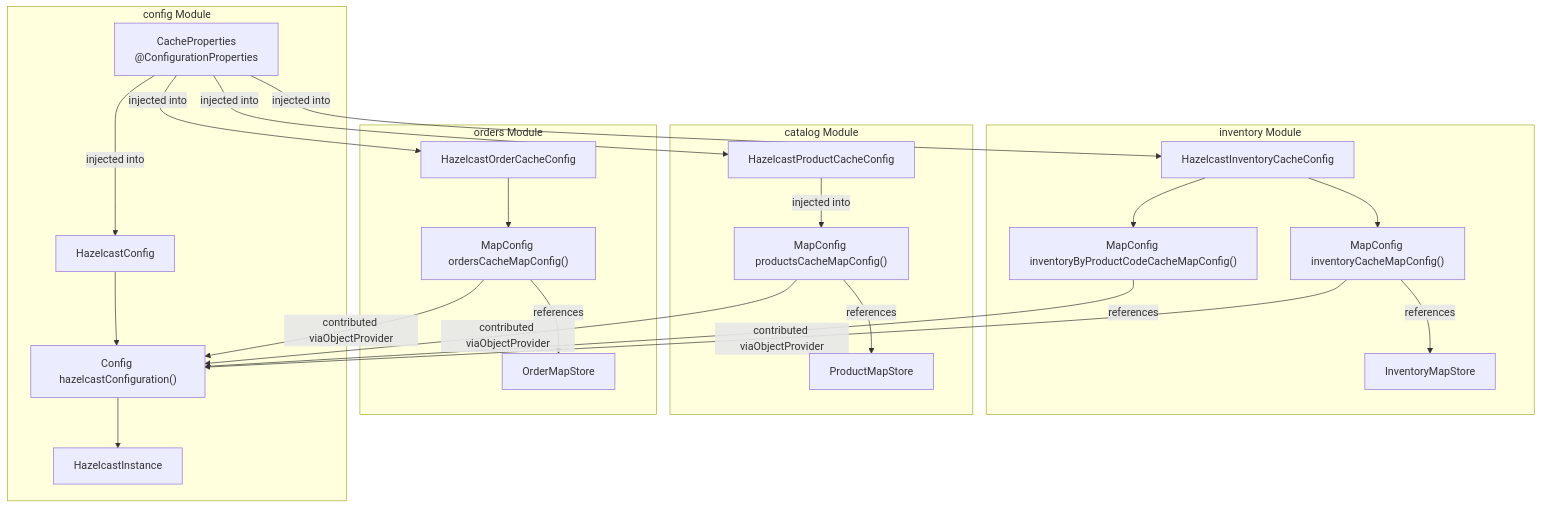
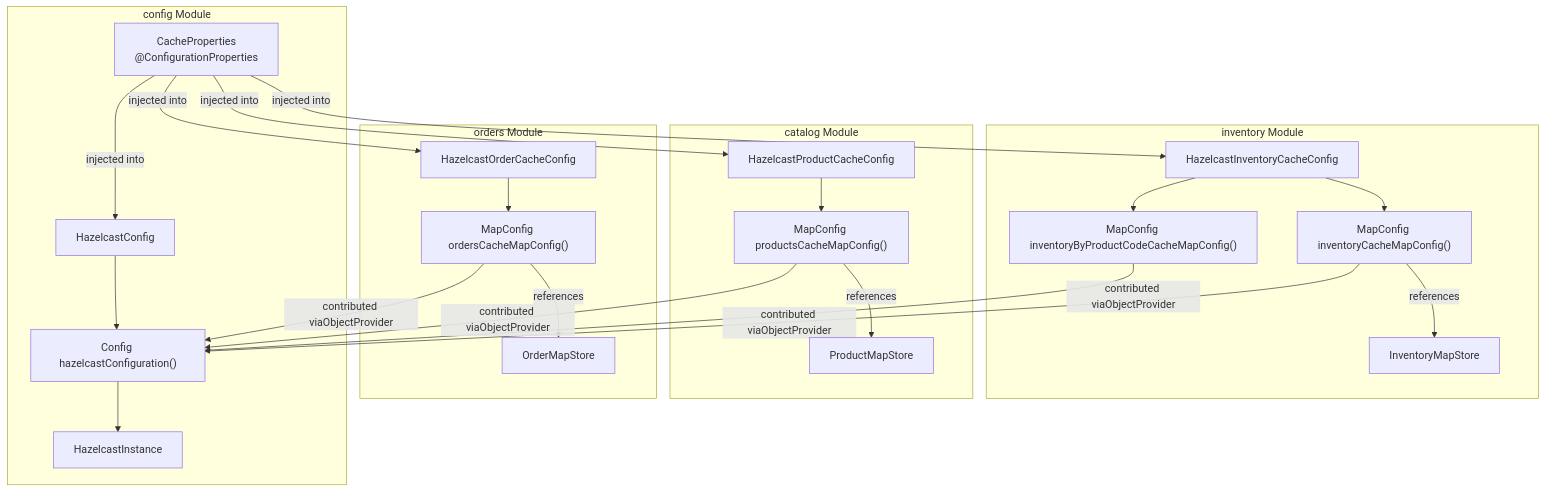
The first of 3 diagrams in docs/deepwiki/Cache-Configuration-and-MapConfigs.md (philipz/spring-modular-monolith), drawn with Mermaid before and after one commit. The commit also changed other lines of this file and 32 other files, not shown here.

````diff
--- a/docs/deepwiki/Cache-Configuration-and-MapConfigs.md
+++ b/docs/deepwiki/Cache-Configuration-and-MapConfigs.md
@@ -34,62 +34,62 @@
 ```mermaid
 flowchart TD
 
 HZConfig["HazelcastConfig"]
 Props["CacheProperties<br>@ConfigurationProperties"]
 MainConfig["Config hazelcastConfiguration()"]
 HZInstance["HazelcastInstance"]
 OrdersConfig["HazelcastOrderCacheConfig"]
 OrdersMapConfig["MapConfig ordersCacheMapConfig()"]
 OrderMapStore["OrderMapStore"]
 CatalogConfig["HazelcastProductCacheConfig"]
 ProductsMapConfig["MapConfig productsCacheMapConfig()"]
 ProductMapStore["ProductMapStore"]
 InventoryConfig["HazelcastInventoryCacheConfig"]
 InventoryMapConfig["MapConfig inventoryCacheMapConfig()"]
 InventoryIndexMapConfig["MapConfig inventoryByProductCodeCacheMapConfig()"]
 InventoryMapStore["InventoryMapStore"]
 
 Props -->|"injected into"| OrdersConfig
 Props -->|"injected into"| CatalogConfig
 Props -->|"injected into"| InventoryConfig
 OrdersMapConfig -->|"contributed viaObjectProvider"| MainConfig
 ProductsMapConfig -->|"contributed viaObjectProvider"| MainConfig
 InventoryMapConfig -->|"contributed viaObjectProvider"| MainConfig
-InventoryIndexMapConfig -->|"references"| MainConfig
+InventoryIndexMapConfig -->|"contributed viaObjectProvider"| MainConfig
 
 subgraph subGraph3 ["inventory Module"]
     InventoryConfig
     InventoryMapConfig
     InventoryIndexMapConfig
     InventoryMapStore
     InventoryConfig --> InventoryMapConfig
     InventoryConfig --> InventoryIndexMapConfig
     InventoryMapConfig -->|"references"| InventoryMapStore
 end
 
 subgraph subGraph2 ["catalog Module"]
     CatalogConfig
     ProductsMapConfig
     ProductMapStore
-    CatalogConfig -->|"injected into"| ProductsMapConfig
+    CatalogConfig --> ProductsMapConfig
     ProductsMapConfig -->|"references"| ProductMapStore
 end
 
 subgraph subGraph1 ["orders Module"]
     OrdersConfig
     OrdersMapConfig
     OrderMapStore
     OrdersConfig --> OrdersMapConfig
     OrdersMapConfig -->|"references"| OrderMapStore
 end
 
 subgraph subGraph0 ["config Module"]
     HZConfig
     Props
     MainConfig
     HZInstance
     Props -->|"injected into"| HZConfig
     MainConfig --> HZInstance
     HZConfig --> MainConfig
 end
 ```
````
